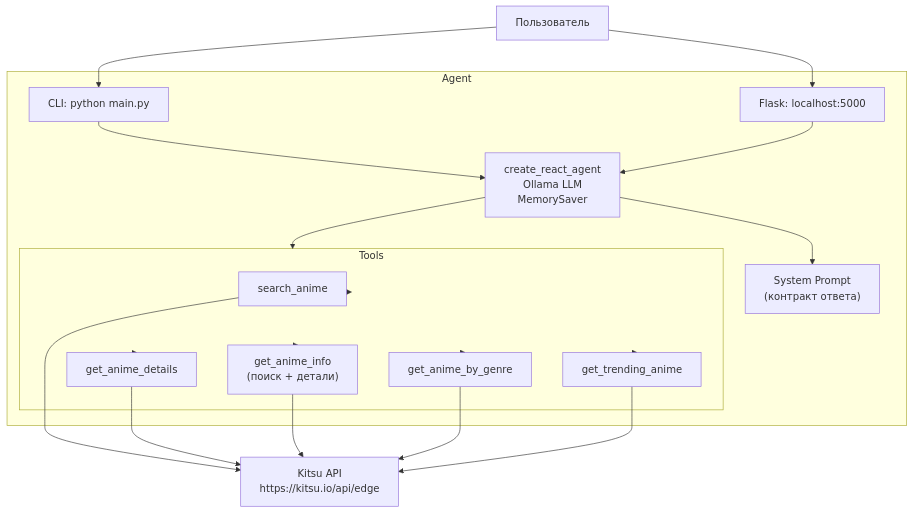
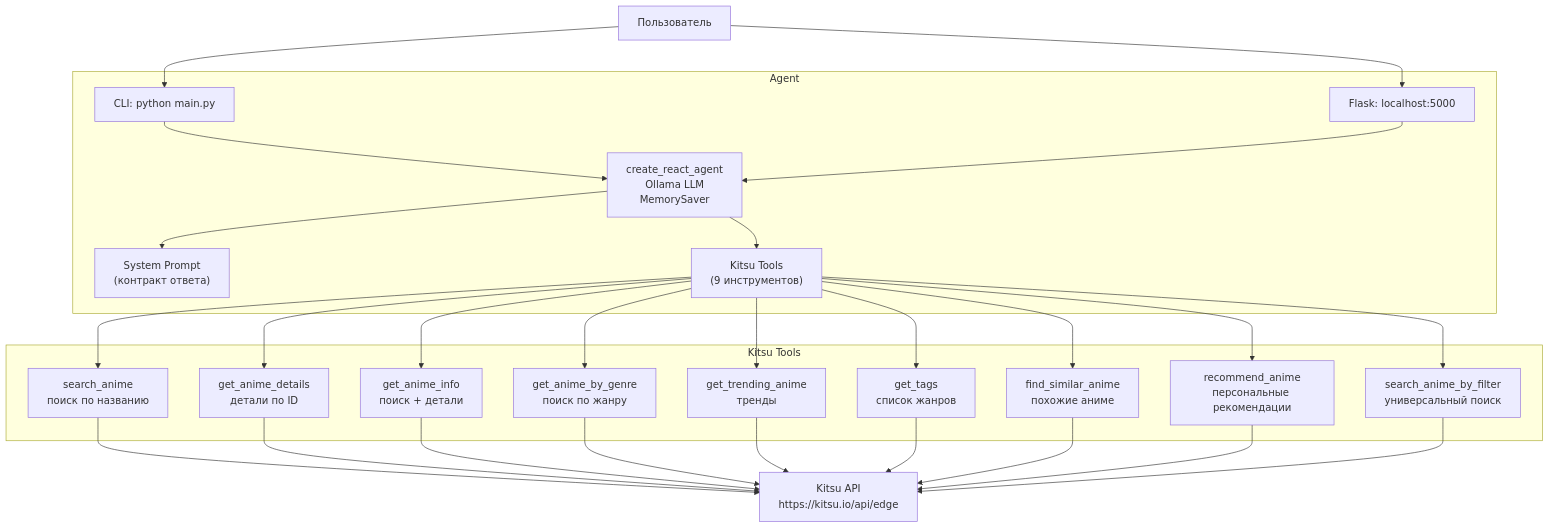
The diagram in hw12/README.md (ivan-dodik/otus_ai_for_devs), drawn with Mermaid before and after one commit.

Commit message:
hw12: update Mermaid diagramm

````diff
--- a/hw12/README.md
+++ b/hw12/README.md
@@ -23,21 +23,25 @@
 ```mermaid
 flowchart TB
     User["Пользователь"] --> CLI["CLI: python main.py"]
     User --> Web["Flask: localhost:5000"]
     
     subgraph "Agent"
         CLI & Web --> AgentCore["create_react_agent<br/>Ollama LLM<br/>MemorySaver"]
         AgentCore --> SystemPrompt["System Prompt<br/>(контракт ответа)"]
-        AgentCore --> Tools["Kitsu Tools"]
+        AgentCore --> Tools["Kitsu Tools<br/>(9 инструментов)"]
     end
     
-    subgraph "Tools"
-        Tools --> T1["search_anime"]
-        Tools --> T2["get_anime_details"]
-        Tools --> T3["get_anime_info<br/>(поиск + детали)"]
-        Tools --> T4["get_anime_by_genre"]
-        Tools --> T5["get_trending_anime"]
+    subgraph "Kitsu Tools"
+        Tools --> T1["search_anime<br/>поиск по названию"]
+        Tools --> T2["get_anime_details<br/>детали по ID"]
+        Tools --> T3["get_anime_info<br/>поиск + детали"]
+        Tools --> T4["get_anime_by_genre<br/>поиск по жанру"]
+        Tools --> T5["get_trending_anime<br/>тренды"]
+        Tools --> T6["get_tags<br/>список жанров"]
+        Tools --> T7["find_similar_anime<br/>похожие аниме"]
+        Tools --> T8["recommend_anime<br/>персональные рекомендации"]
+        Tools --> T9["search_anime_by_filter<br/>универсальный поиск"]
     end
     
-    T1 & T2 & T3 & T4 & T5 --> Kitsu["Kitsu API<br/>https://kitsu.io/api/edge"]
+    T1 & T2 & T3 & T4 & T5 & T6 & T7 & T8 & T9 --> Kitsu["Kitsu API<br/>https://kitsu.io/api/edge"]
 ```
````
